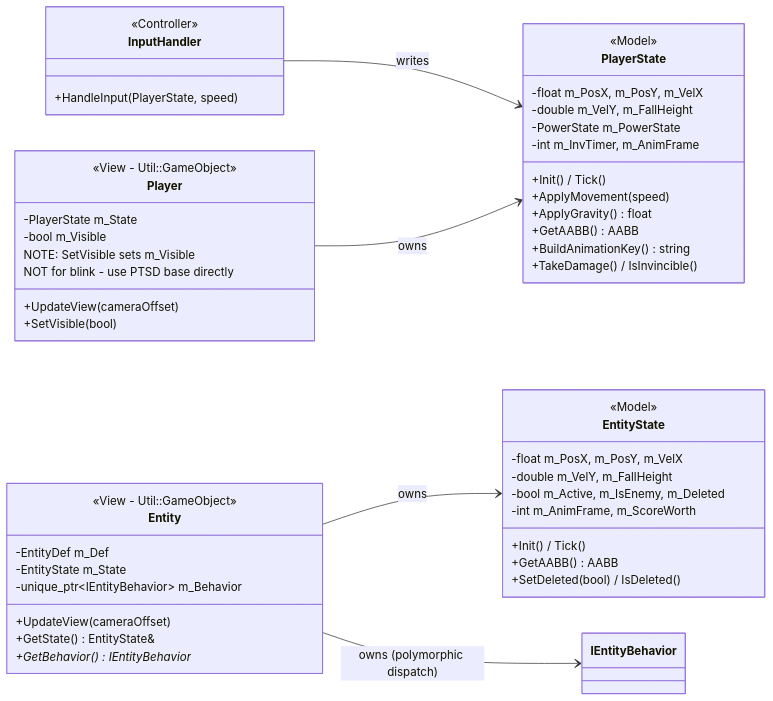
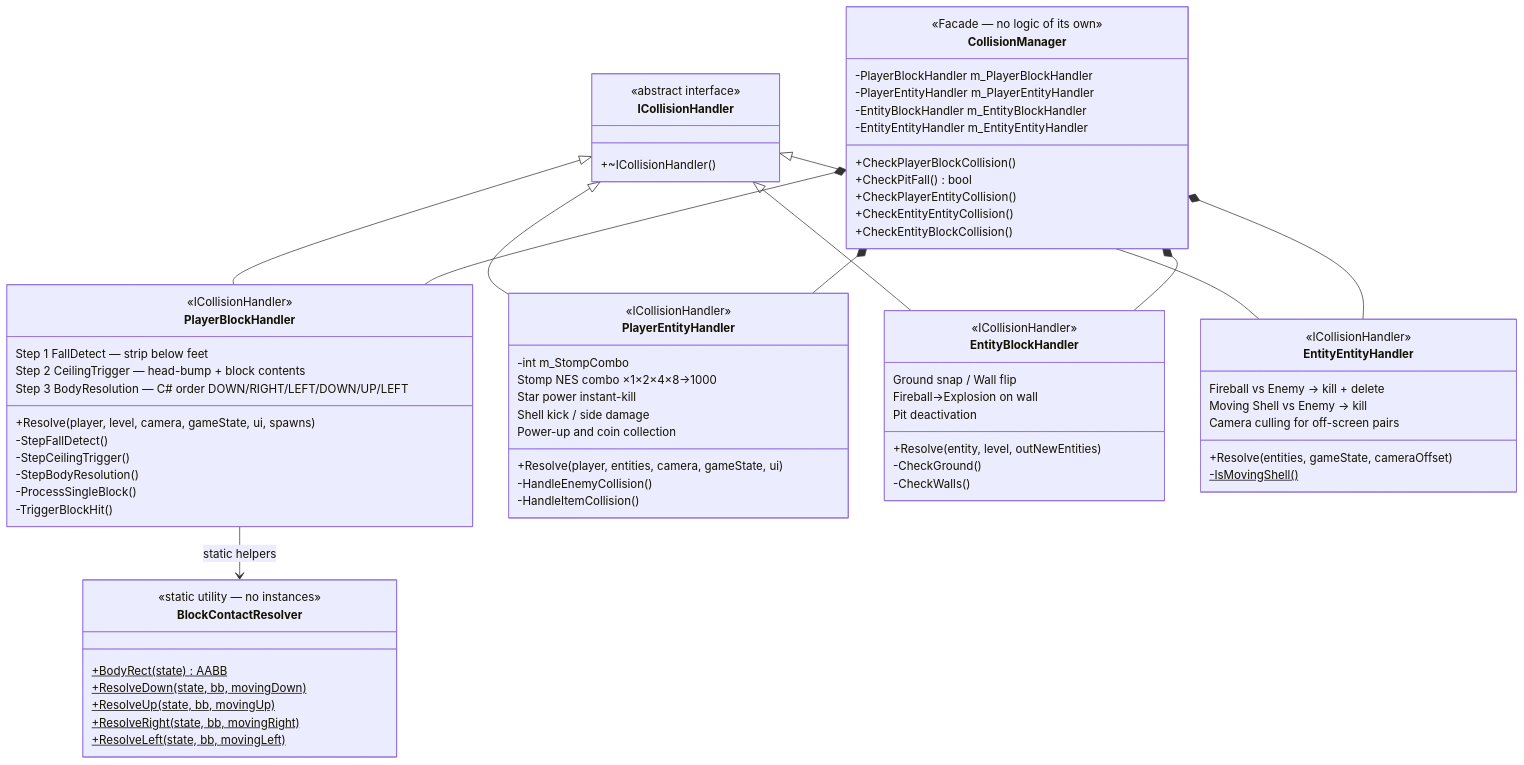
The sixth of 6 diagrams in Constructure.md (Andy87877/NTUT_OOPL_mario), drawn with Mermaid before and after one commit. The commit also changed other lines of this file and 68 other files, not shown here.

First line of the commit message:
feat: Implement collision handling and death animations for Mario game entities

````diff
--- a/Constructure.md
+++ b/Constructure.md
@@ -294,56 +459,86 @@
 ```mermaid
 classDiagram
-    direction LR
+    direction TB
 
-    class PlayerState {
-        <<Model>>
-        -float m_PosX, m_PosY, m_VelX
-        -double m_VelY, m_FallHeight
-        -PowerState m_PowerState
-        -int m_InvTimer, m_AnimFrame
-        +Init() / Tick()
-        +ApplyMovement(speed)
-        +ApplyGravity() float
-        +GetAABB() AABB
-        +BuildAnimationKey() string
-        +TakeDamage() / IsInvincible()
-    }
-    class Player {
-        <<View - Util::GameObject>>
-        -PlayerState m_State
-        -bool m_Visible
-        +UpdateView(cameraOffset)
-        +SetVisible(bool)
-        NOTE: SetVisible sets m_Visible
-        NOT for blink - use PTSD base directly
-    }
-    class InputHandler {
-        <<Controller>>
-        +HandleInput(PlayerState, speed)
+    class ICollisionHandler {
+        <<abstract interface>>
+        +~ICollisionHandler()
     }
 
-    class EntityState {
-        <<Model>>
-        -float m_PosX, m_PosY, m_VelX
-        -double m_VelY, m_FallHeight
-        -bool m_Active, m_IsEnemy, m_Deleted
-        -int m_AnimFrame, m_ScoreWorth
-        +Init() / Tick()
-        +GetAABB() AABB
-        +SetDeleted(bool) / IsDeleted()
-    }
-    class Entity {
-        <<View - Util::GameObject>>
-        -EntityDef m_Def
-        -EntityState m_State
-        -unique_ptr~IEntityBehavior~ m_Behavior
-        +UpdateView(cameraOffset)
-        +GetState() EntityState&
-        +GetBehavior() IEntityBehavior*
+    class BlockContactResolver {
+        <<static utility — no instances>>
+        +BodyRect(state)$ AABB
+        +ResolveDown(state, bb, movingDown)$
+        +ResolveUp(state, bb, movingUp)$
+        +ResolveRight(state, bb, movingRight)$
+        +ResolveLeft(state, bb, movingLeft)$
     }
 
-    InputHandler --> PlayerState : writes
-    Player --> PlayerState : owns
-    Entity --> EntityState : owns
-    Entity --> IEntityBehavior : owns (polymorphic dispatch)
+    class PlayerBlockHandler {
+        <<ICollisionHandler>>
+        Step 1 FallDetect — strip below feet
+        Step 2 CeilingTrigger — head-bump + block contents
+        Step 3 BodyResolution — C# order DOWN/RIGHT/LEFT/DOWN/UP/LEFT
+        +Resolve(player, level, camera, gameState, ui, spawns)
+        -StepFallDetect()
+        -StepCeilingTrigger()
+        -StepBodyResolution()
+        -ProcessSingleBlock()
+        -TriggerBlockHit()
+    }
+
+    class PlayerEntityHandler {
+        <<ICollisionHandler>>
+        -int m_StompCombo
+        Stomp NES combo ×1×2×4×8→1000
+        Star power instant-kill
+        Shell kick / side damage
+        Power-up and coin collection
+        +Resolve(player, entities, camera, gameState, ui)
+        -HandleEnemyCollision()
+        -HandleItemCollision()
+    }
+
+    class EntityBlockHandler {
+        <<ICollisionHandler>>
+        Ground snap / Wall flip
+        Fireball→Explosion on wall
+        Pit deactivation
+        +Resolve(entity, level, outNewEntities)
+        -CheckGround()
+        -CheckWalls()
+    }
+
+    class EntityEntityHandler {
+        <<ICollisionHandler>>
+        Fireball vs Enemy → kill + delete
+        Moving Shell vs Enemy → kill
+        Camera culling for off-screen pairs
+        +Resolve(entities, gameState, cameraOffset)
+        -IsMovingShell()$
+    }
+
+    class CollisionManager {
+        <<Facade — no logic of its own>>
+        -PlayerBlockHandler m_PlayerBlockHandler
+        -PlayerEntityHandler m_PlayerEntityHandler
+        -EntityBlockHandler m_EntityBlockHandler
+        -EntityEntityHandler m_EntityEntityHandler
+        +CheckPlayerBlockCollision()
+        +CheckPitFall() bool
+        +CheckPlayerEntityCollision()
+        +CheckEntityEntityCollision()
+        +CheckEntityBlockCollision()
+    }
+
+    ICollisionHandler <|-- PlayerBlockHandler
+    ICollisionHandler <|-- PlayerEntityHandler
+    ICollisionHandler <|-- EntityBlockHandler
+    ICollisionHandler <|-- EntityEntityHandler
+
+    PlayerBlockHandler --> BlockContactResolver : static helpers
+    CollisionManager *-- PlayerBlockHandler
+    CollisionManager *-- PlayerEntityHandler
+    CollisionManager *-- EntityBlockHandler
+    CollisionManager *-- EntityEntityHandler
 ```
````
